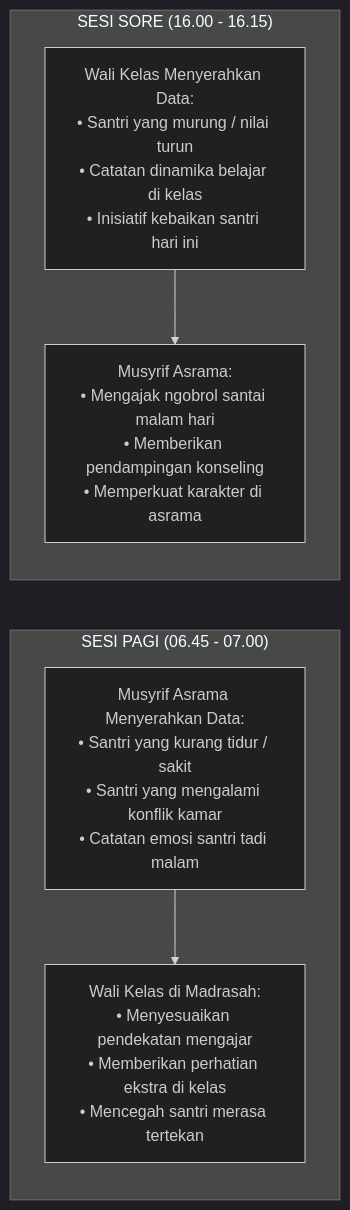
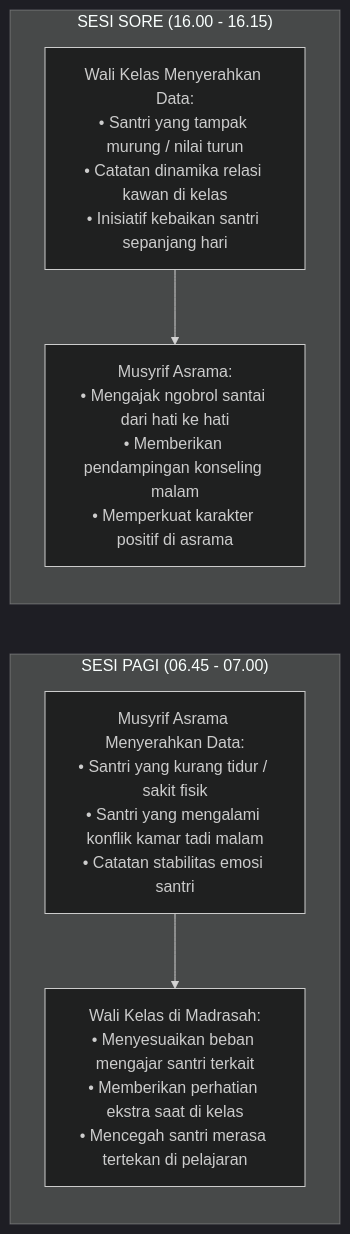
The eighth of 8 diagrams in BOOK-SERIES/Volume-01/Bab-01-Krisis-Karakter-dan-Urgensi-Rekonstruksi/01-Anomali-Pendidikan-Karakter-Tradisional.md (wandiapriliyandi/tumbuh), drawn with Mermaid (dark theme) before and after one commit. The commit also changed other lines of this file, not shown here.

Commit message:
docs(bab-1.1): perluas seluruh sub-sub-bab secara komprehensif, naratif, operasional terperinci, dan skrip dialog asrama

````diff
--- a/BOOK-SERIES/Volume-01/Bab-01-Krisis-Karakter-dan-Urgensi-Rekonstruksi/01-Anomali-Pendidikan-Karakter-Tradisional.md
+++ b/BOOK-SERIES/Volume-01/Bab-01-Krisis-Karakter-dan-Urgensi-Rekonstruksi/01-Anomali-Pendidikan-Karakter-Tradisional.md
@@ -261,14 +294,14 @@
 ```mermaid
 graph LR
     subgraph SesiPagi["SESI PAGI (06.45 - 07.00)"]
-        MusyrifPagi["Musyrif Asrama Menyerahkan Data:<br/>• Santri yang kurang tidur / sakit<br/>• Santri yang mengalami konflik kamar<br/>• Catatan emosi santri tadi malam"]
-        WalasPagi["Wali Kelas di Madrasah:<br/>• Menyesuaikan pendekatan mengajar<br/>• Memberikan perhatian ekstra di kelas<br/>• Mencegah santri merasa tertekan"]
+        MusyrifPagi["Musyrif Asrama Menyerahkan Data:<br/>• Santri yang kurang tidur / sakit fisik<br/>• Santri yang mengalami konflik kamar tadi malam<br/>• Catatan stabilitas emosi santri"]
+        WalasPagi["Wali Kelas di Madrasah:<br/>• Menyesuaikan beban mengajar santri terkait<br/>• Memberikan perhatian ekstra saat di kelas<br/>• Mencegah santri merasa tertekan di pelajaran"]
         MusyrifPagi --> WalasPagi
     end
     
     subgraph SesiSore["SESI SORE (16.00 - 16.15)"]
-        WalasSore["Wali Kelas Menyerahkan Data:<br/>• Santri yang murung / nilai turun<br/>• Catatan dinamika belajar di kelas<br/>• Inisiatif kebaikan santri hari ini"]
-        MusyrifSore["Musyrif Asrama:<br/>• Mengajak ngobrol santai malam hari<br/>• Memberikan pendampingan konseling<br/>• Memperkuat karakter di asrama"]
+        WalasSore["Wali Kelas Menyerahkan Data:<br/>• Santri yang tampak murung / nilai turun<br/>• Catatan dinamika relasi kawan di kelas<br/>• Inisiatif kebaikan santri sepanjang hari"]
+        MusyrifSore["Musyrif Asrama:<br/>• Mengajak ngobrol santai dari hati ke hati<br/>• Memberikan pendampingan konseling malam<br/>• Memperkuat karakter positif di asrama"]
         WalasSore --> MusyrifSore
     end
 ```
````
